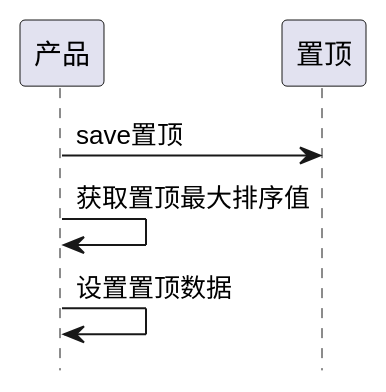
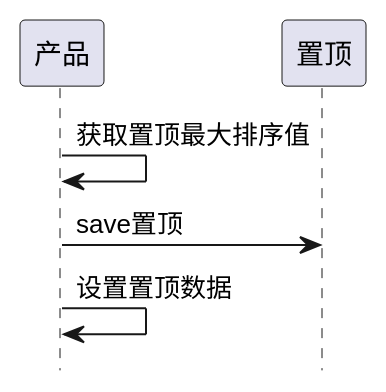
One commit to goblinln/iBizPMS changed the fifth of 5 diagrams in ibizpms-docs/src/main/doc/v1/module/zentao/Product_old.md. Above: the diagram before and after it, drawn with PlantUML. The commit also changed other lines of this file and 230 other files, not shown here.

```diff
--- a/ibizpms-docs/src/main/doc/v1/module/zentao/Product_old.md
+++ b/ibizpms-docs/src/main/doc/v1/module/zentao/Product_old.md
@@ -242,7 +242,7 @@
 {% plantuml %}
 hide footbox
 
+产品 -> 产品: 获取置顶最大排序值
 产品 -> 置顶: save置顶
-产品 -> 产品: 获取置顶最大排序值
 产品 -> 产品: 设置置顶数据
 {% endplantuml %}
```
